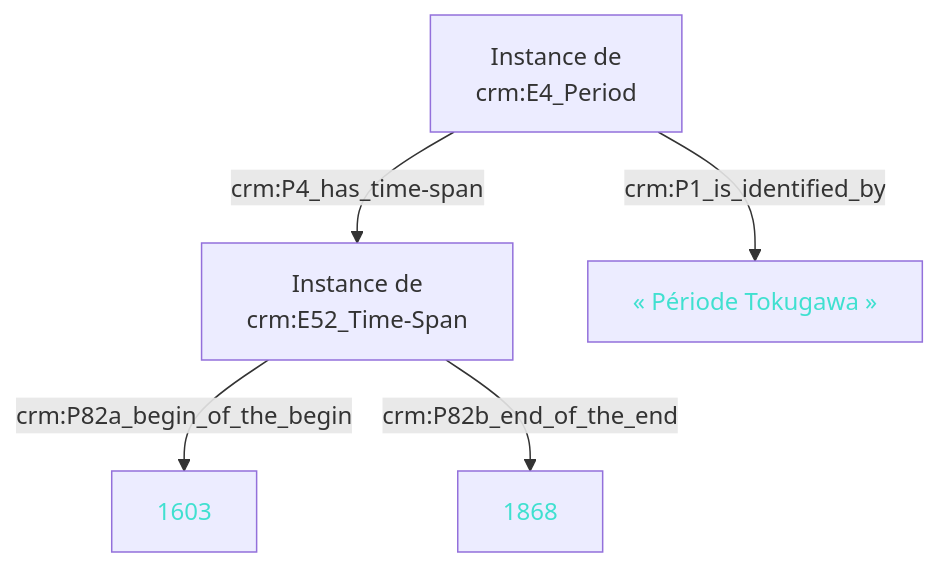
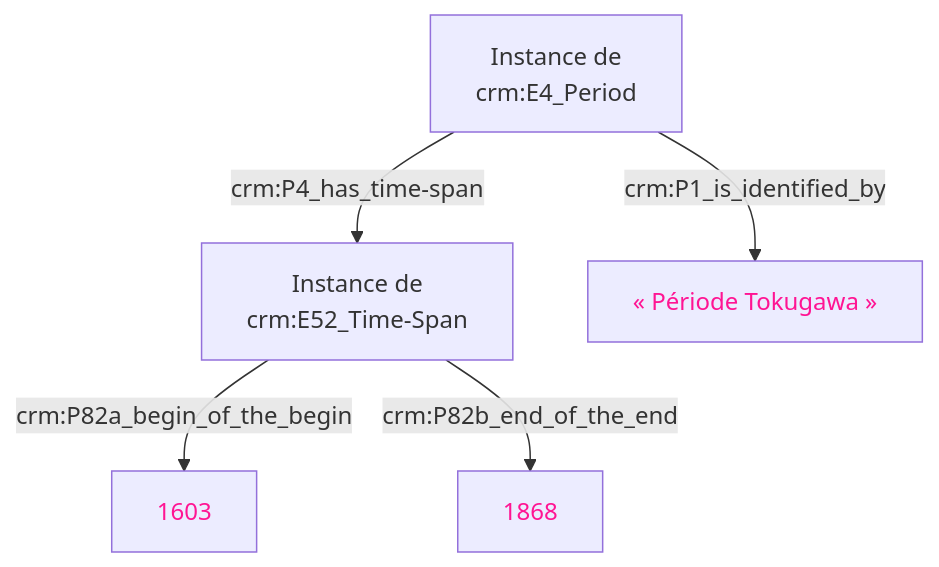
One commit to sherlock-iremus/sherlock-grist-to-crm changed the first of 2 diagrams in README_mapping.md. Above: the diagram before and after it, drawn with Mermaid.

````diff
--- a/README_mapping.md
+++ b/README_mapping.md
@@ -9,15 +9,15 @@
 ```mermaid
 flowchart TB
     E4[Instance de<br>crm:E4_Period]
     E52[Instance de<br>crm:E52_Time-Span]
     P1[« Période Tokugawa »]
 
     E4 -->|crm:P1_is_identified_by| P1
     E4 -->|crm:P4_has_time-span| E52
     E52 -->|crm:P82a_begin_of_the_begin| 1603
     E52 -->|crm:P82b_end_of_the_end| 1868
 
-    style P1 color:turquoise
-    style 1603 color:turquoise
-    style 1868 color:turquoise
+    style P1 color:deeppink
+    style 1603 color:deeppink
+    style 1868 color:deeppink
 ```
````
